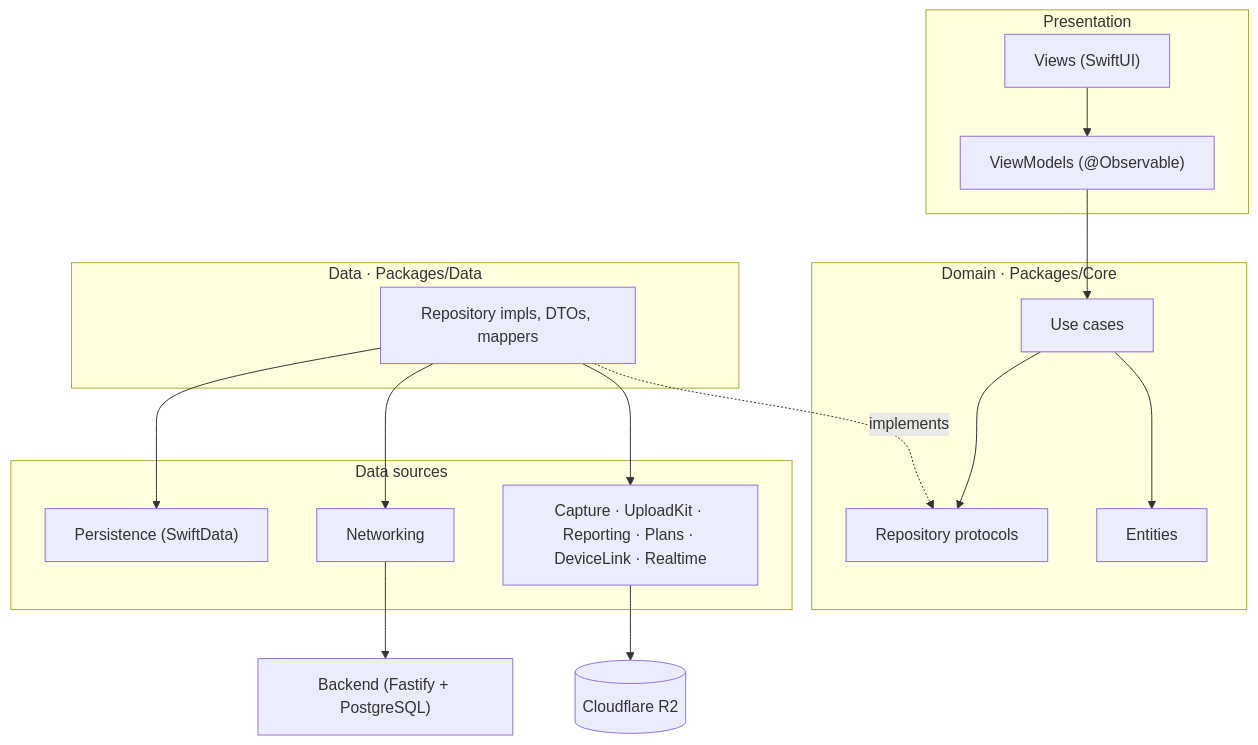
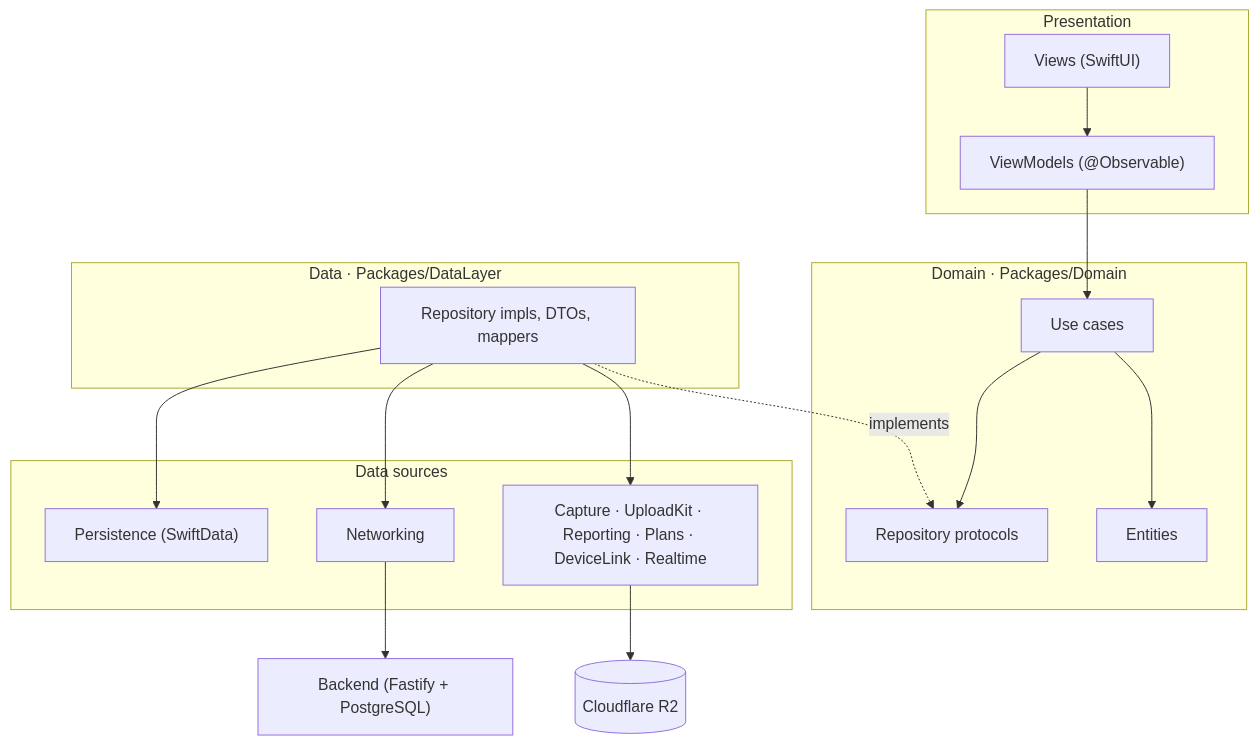
One commit to DAMHONGDUC/site-log-ios changed the first of 2 diagrams in README.md. Above: the diagram before and after it, drawn with Mermaid. The commit also changed other lines of this file and 22 other files, not shown here.

````diff
--- a/README.md
+++ b/README.md
@@ -42,25 +83,25 @@
 ```mermaid
 flowchart TD
   subgraph Presentation
     View["Views (SwiftUI)"] --> VM["ViewModels (@Observable)"]
   end
-  subgraph Domain["Domain · Packages/Core"]
+  subgraph Domain["Domain · Packages/Domain"]
     UC["Use cases"] --> RP["Repository protocols"]
     UC --> ENT["Entities"]
   end
-  subgraph Data["Data · Packages/Data"]
+  subgraph Data["Data · Packages/DataLayer"]
     RI["Repository impls, DTOs, mappers"]
   end
   subgraph Sources["Data sources"]
     SD["Persistence (SwiftData)"]
     NET["Networking"]
     FW["Capture · UploadKit · Reporting · Plans · DeviceLink · Realtime"]
   end
   VM --> UC
   RI -. implements .-> RP
   RI --> SD
   RI --> NET
   RI --> FW
   NET --> BE["Backend (Fastify + PostgreSQL)"]
   FW --> R2[("Cloudflare R2")]
 ```
````
